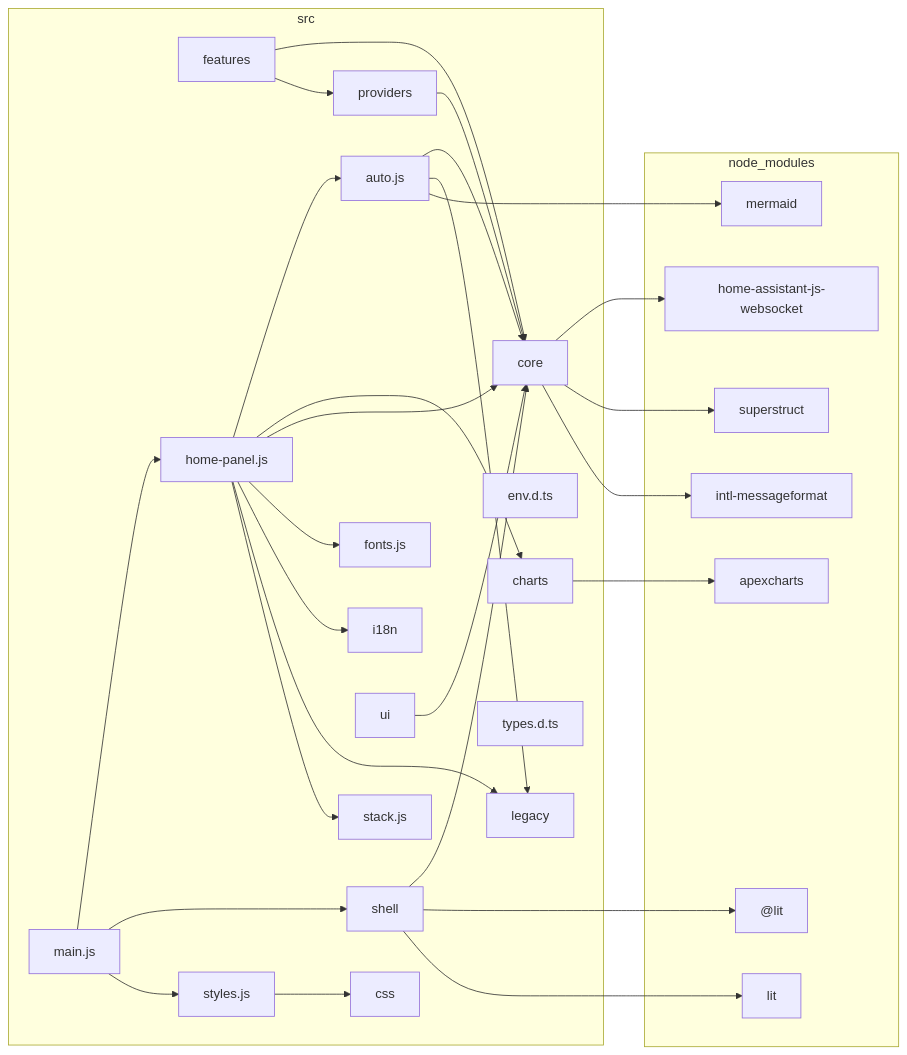
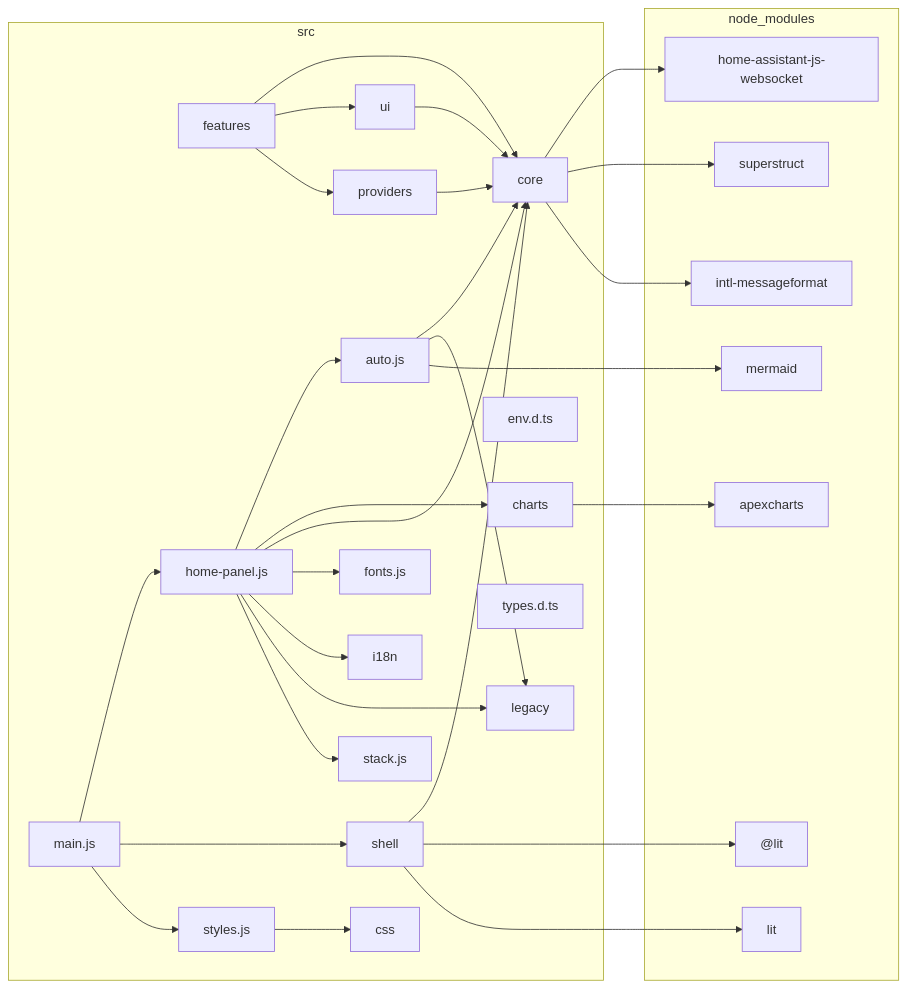
One commit to pldelisle/ha-home-panel changed the diagram in docs/architecture/dependency-graph.md. Above: the diagram before and after it, drawn with Mermaid. The commit also changed 7 other files, not shown here.

Commit message:
Weather's history.ts: seven-day series, season months, records, the season view, a tile's lines and stats, and the chart options (#172)

````diff
--- a/docs/architecture/dependency-graph.md
+++ b/docs/architecture/dependency-graph.md
@@ -5,57 +5,58 @@
 ```mermaid
 flowchart LR
 
 subgraph 0["node_modules"]
 1["@lit"]
 2["apexcharts"]
 3["home-assistant-js-websocket"]
 4["intl-messageformat"]
 5["lit"]
 6["mermaid"]
 7["superstruct"]
 end
 subgraph 8["src"]
 9["auto.js"]
 A["charts"]
 B["core"]
 C["css"]
 D["env.d.ts"]
 E["features"]
 F["fonts.js"]
 G["home-panel.js"]
 H["i18n"]
 I["legacy"]
 J["main.js"]
 K["providers"]
 L["shell"]
 M["stack.js"]
 N["styles.js"]
 O["types.d.ts"]
 P["ui"]
 end
 9-->B
 9-->I
 9-->6
 A-->2
 B-->3
 B-->7
 B-->4
 E-->B
+E-->P
 E-->K
 G-->9
 G-->A
 G-->B
 G-->F
 G-->H
 G-->I
 G-->M
 J-->G
 J-->L
 J-->N
 K-->B
 L-->B
 L-->1
 L-->5
 N-->C
 P-->B
 ```
````
